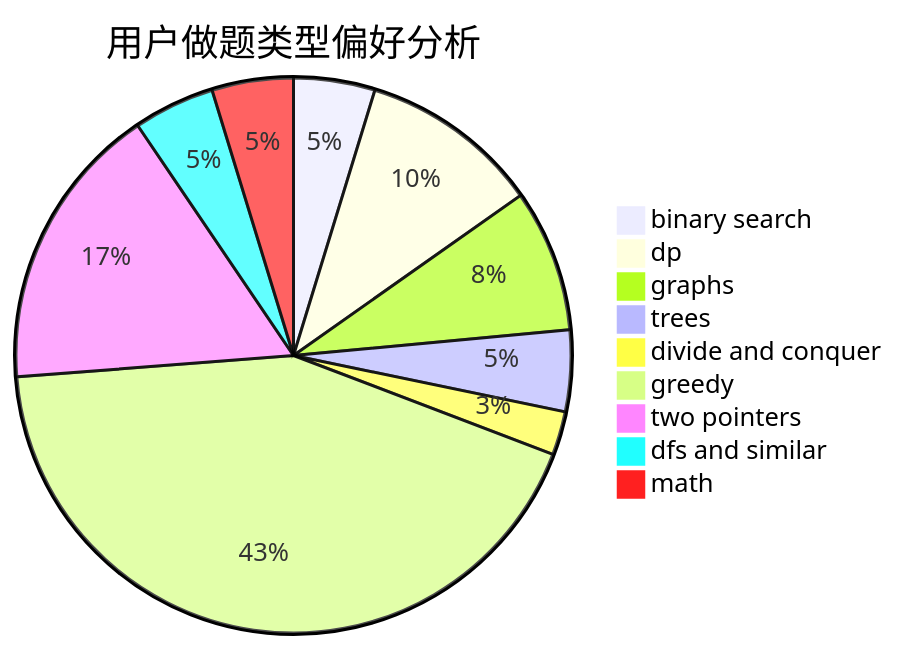
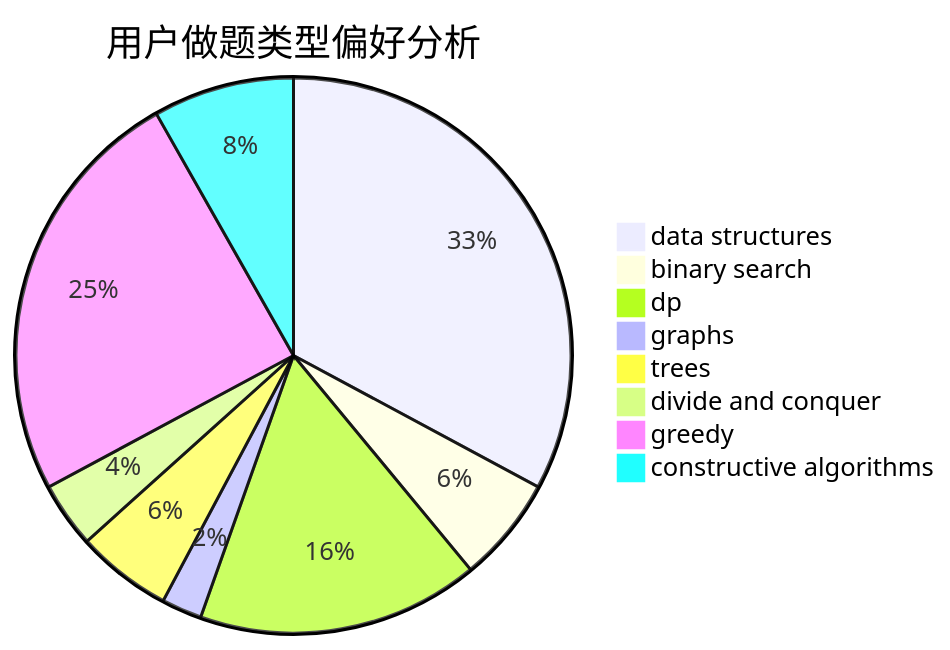
The second of 3 diagrams in docs/user/u681.md (sherpahu/cfrs.github.io), drawn with Mermaid before and after one commit. The commit also changed other lines of this file and 2775 other files, not shown here.

````diff
--- a/docs/user/u681.md
+++ b/docs/user/u681.md
@@ -23,12 +23,11 @@
 ```mermaid
 pie title 用户做题类型偏好分析
-    "binary search" :  28
-    "dp" :  62
-    "graphs" :  49
-    "trees" :  28
-    "divide and conquer" :  15
-    "greedy" :  254
-    "two pointers" :  99
-    "dfs and similar" :  28
-    "math" :  28
+    "data structures" :  112
+    "binary search" :  21
+    "dp" :  56
+    "graphs" :  8
+    "trees" :  19
+    "divide and conquer" :  13
+    "greedy" :  84
+    "constructive algorithms" :  28
 ```
````
